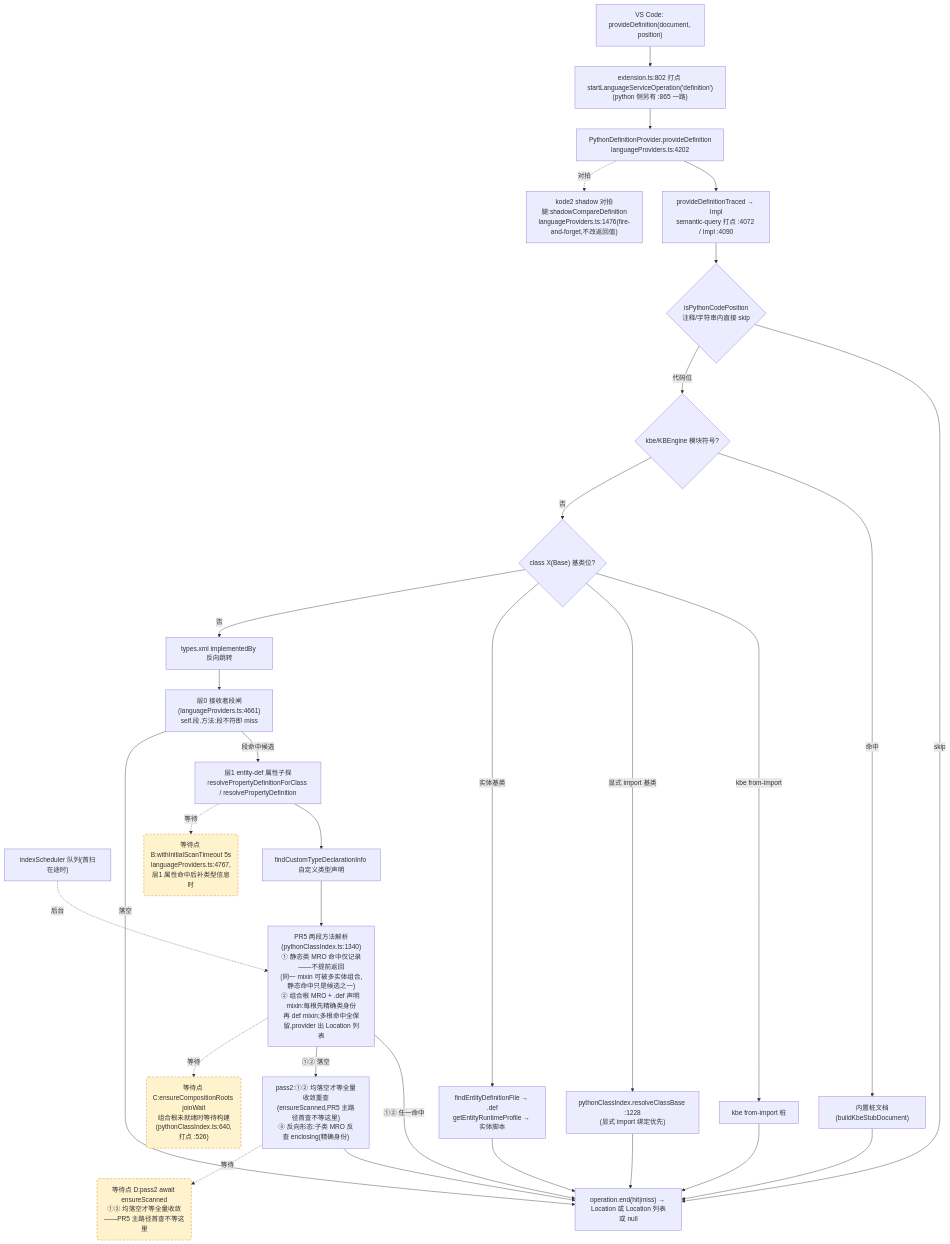
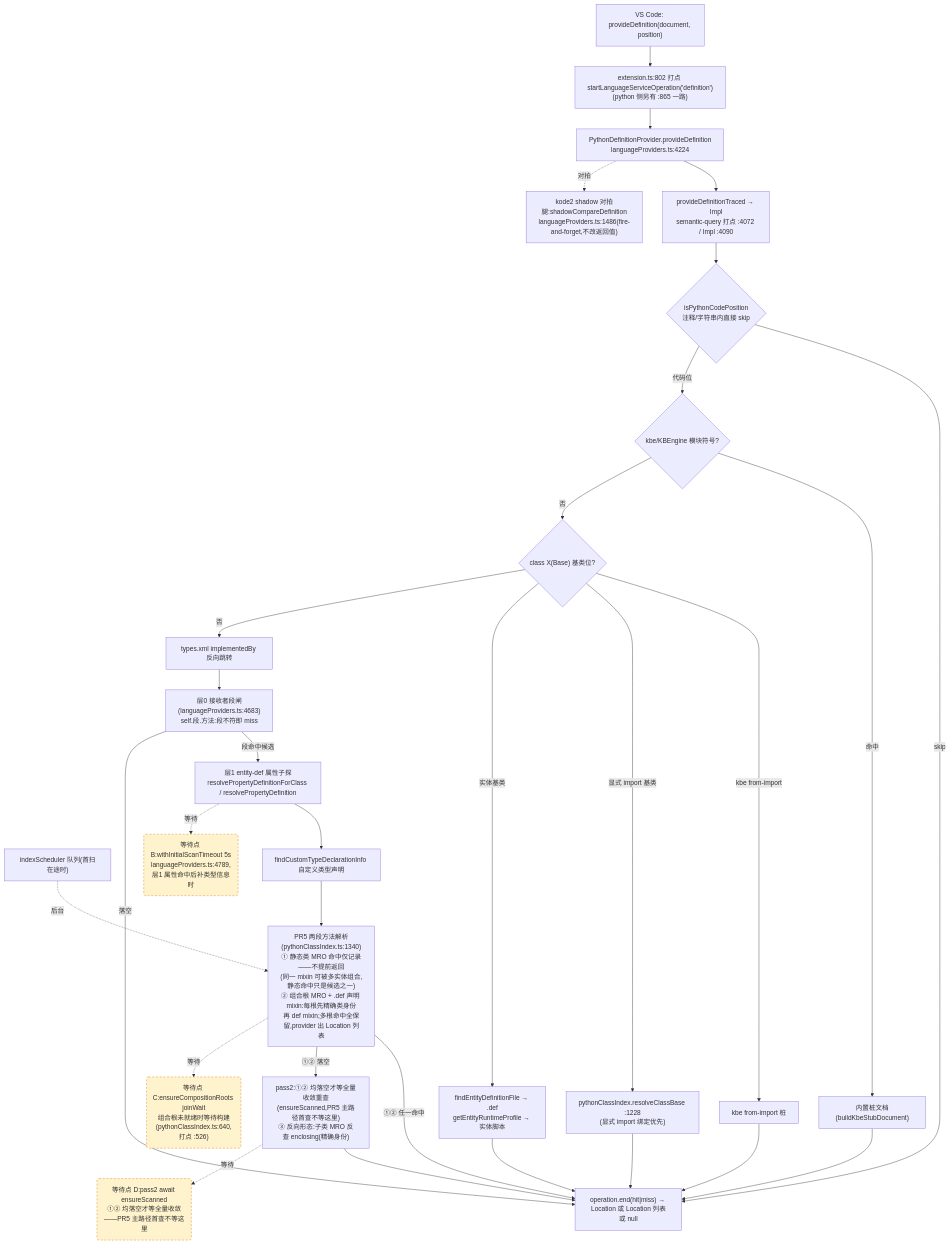
One commit to cuihairu/kode changed the second of 4 diagrams in docs/perf/2026-baseline.md. Above: the diagram before and after it, drawn with Mermaid. The commit also changed other lines of this file and 3 other files, not shown here.

````diff
--- a/docs/perf/2026-baseline.md
+++ b/docs/perf/2026-baseline.md
@@ -130,51 +130,51 @@
 ```mermaid
 flowchart TD
   VC2["VS Code: provideDefinition(document, position)"]
   M2["extension.ts:802 打点 startLanguageServiceOperation('definition')<br/>(python 侧另有 :865 一路)"]
-  AD2["PythonDefinitionProvider.provideDefinition<br/>languageProviders.ts:4202"]
+  AD2["PythonDefinitionProvider.provideDefinition<br/>languageProviders.ts:4224"]
   TR["provideDefinitionTraced → Impl<br/>semantic-query 打点 :4072 / Impl :4090"]
   CTX{"isPythonCodePosition<br/>注释/字符串内直接 skip"}
   KBE{"kbe/KBEngine 模块符号?"}
   STUB["内置桩文档(buildKbeStubDocument)"]
   CB{"class X(Base) 基类位?"}
   CB1["kbe from-import 桩"]
   CB2["pythonClassIndex.resolveClassBase :1228<br/>(显式 import 绑定优先)"]
   CB3["findEntityDefinitionFile → .def<br/>getEntityRuntimeProfile → 实体脚本"]
   REV["types.xml implementedBy 反向跳转"]
-  L0["层0 接收者段闸(languageProviders.ts:4661)<br/>self.段.方法:段不符即 miss"]
+  L0["层0 接收者段闸(languageProviders.ts:4683)<br/>self.段.方法:段不符即 miss"]
   L1["层1 entity-def 属性子探<br/>resolvePropertyDefinitionForClass / resolvePropertyDefinition"]
   SCAN["indexScheduler 队列(首扫在途时)"]
   TY["findCustomTypeDeclarationInfo 自定义类型声明"]
   MRO["PR5 两段方法解析(pythonClassIndex.ts:1340)<br/>① 静态类 MRO 命中仅记录——不提前返回<br/>(同一 mixin 可被多实体组合,静态命中只是候选之一)<br/>② 组合根 MRO + .def 声明 mixin:每根先精确类身份<br/>再 def mixin;多根命中全保留,provider 出 Location 列表"]
   PASS2["pass2:①② 均落空才等全量收敛重查<br/>(ensureScanned,PR5 主路径首查不等这里)<br/>③ 反向形态:子类 MRO 反查 enclosing(精确身份)"]
-  SHD["kode2 shadow 对拍腿:shadowCompareDefinition<br/>languageProviders.ts:1476(fire-and-forget,不改返回值)"]
+  SHD["kode2 shadow 对拍腿:shadowCompareDefinition<br/>languageProviders.ts:1486(fire-and-forget,不改返回值)"]
   END2["operation.end(hit|miss) → Location 或 Location 列表或 null"]
 
   VC2 --> M2 --> AD2 --> TR --> CTX
   CTX -- "skip" --> END2
   CTX -- "代码位" --> KBE
   KBE -- "命中" --> STUB --> END2
   KBE -- "否" --> CB
   CB -- "kbe from-import" --> CB1 --> END2
   CB -- "显式 import 基类" --> CB2 --> END2
   CB -- "实体基类" --> CB3 --> END2
   CB -- "否" --> REV --> L0
   L0 -- "段命中候选" --> L1
   L0 -- "落空" --> END2
   L1 --> TY
   TY --> MRO
   MRO -- "①② 任一命中" --> END2
   MRO -- "①② 落空" --> PASS2 --> END2
   AD2 -.->|对拍| SHD
 
-  WAITB("等待点 B:withInitialScanTimeout 5s<br/>languageProviders.ts:4767,层1 属性命中后补类型信息时")
+  WAITB("等待点 B:withInitialScanTimeout 5s<br/>languageProviders.ts:4789,层1 属性命中后补类型信息时")
   WAITC("等待点 C:ensureCompositionRoots joinWait<br/>组合根未就绪时等待构建(pythonClassIndex.ts:640,打点 :526)")
   WAITD("等待点 D:pass2 await ensureScanned<br/>①② 均落空才等全量收敛——PR5 主路径首查不等这里")
   L1 -.->|等待| WAITB
   MRO -.->|等待| WAITC
   PASS2 -.->|等待| WAITD
   SCAN -.->|后台| MRO
 
   classDef waitPoint fill:#fff3cd,stroke:#d97706,stroke-dasharray:5 4;
   class WAITB,WAITC,WAITD waitPoint;
 ```
````
